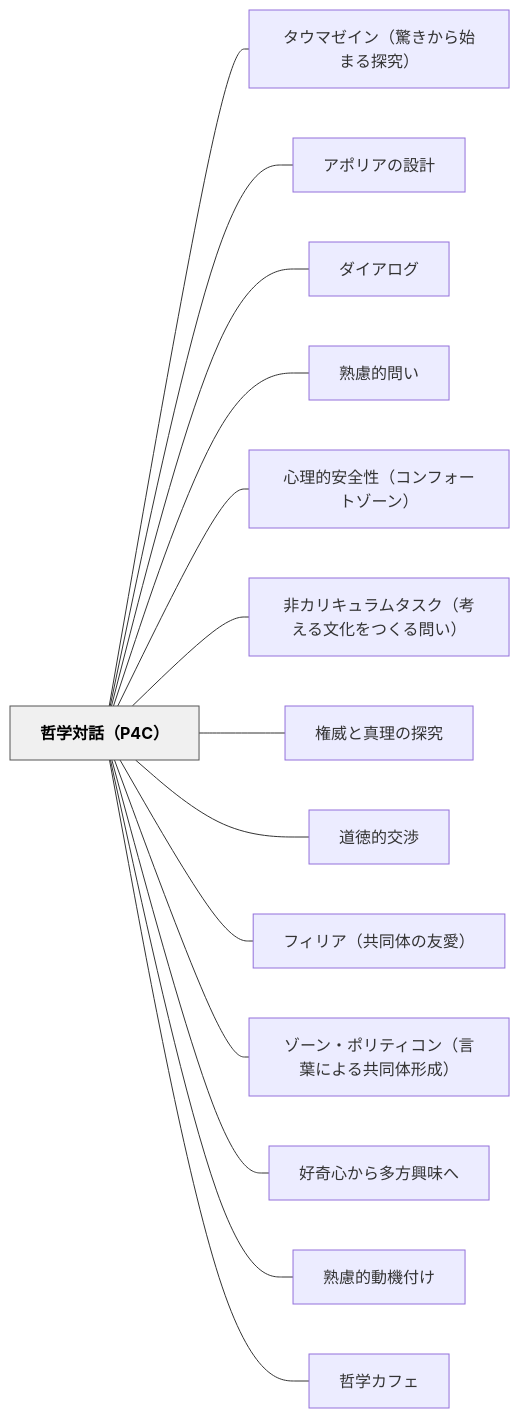
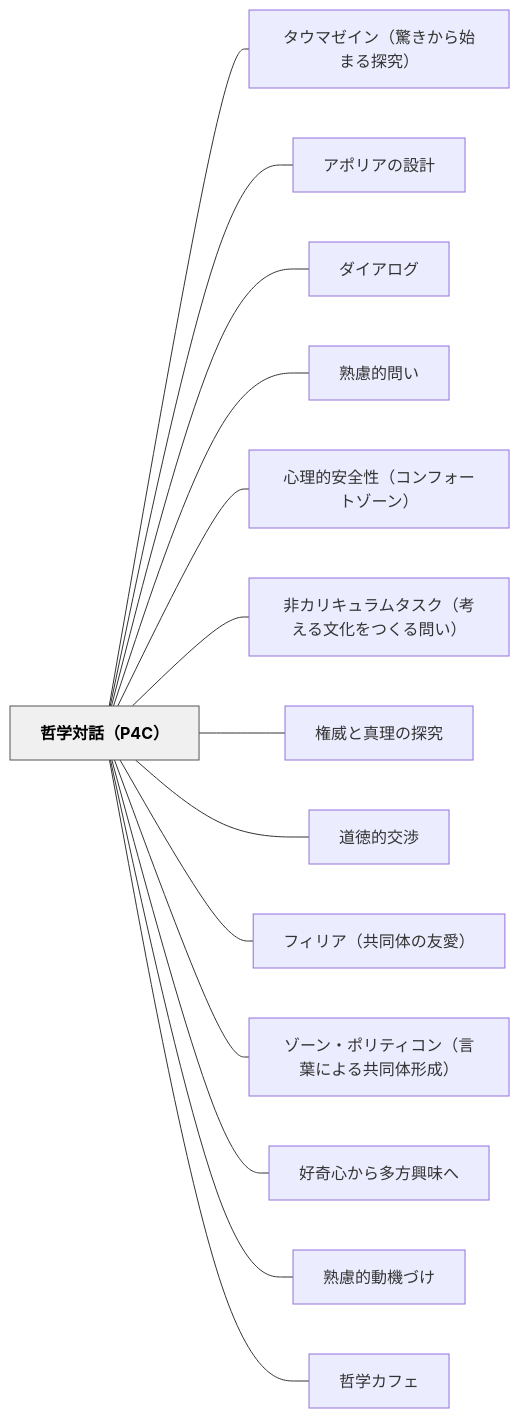
Before and after one commit to unknownthings-ed-patterns/unknownthings-ed-patterns: the diagram in content/パタン/哲学対話（P4C）.md, drawn with Mermaid. The commit also changed other lines of this file and 234 other files, not shown here.

````diff
--- a/content/パタン/哲学対話（P4C）.md
+++ b/content/パタン/哲学対話（P4C）.md
@@ -215,34 +215,34 @@
 ```mermaid
 flowchart LR
     ne593b2e5ada6e5afbee8a9b1efbc88503443efbc89["哲学対話（P4C）"]
     ne382bfe382a6e3839ee382bce382a4e383b3efbc88e9a99ae3818de3818be38289e5a78be381bee3828be68ea2e7a9b6efbc89["タウマゼイン（驚きから始まる探究）"]
     ne382a2e3839de383aae382a2e381aee8a8ade8a888["アポリアの設計"]
     ne38380e382a4e382a2e383ade382b0["ダイアログ"]
     ne7869fe685aee79a84e5958fe38184["熟慮的問い"]
     ne5bf83e79086e79a84e5ae89e585a8e680a7efbc88e382b3e383b3e38395e382a9e383bce38388e382bee383bce383b3efbc89["心理的安全性（コンフォートゾーン）"]
     ne99d9ee382abe383aae382ade383a5e383a9e383a0e382bfe382b9e382afefbc88e88083e38188e3828be69687e58c96e38292e381a4e3818fe3828be5958fe38184efbc89["非カリキュラムタスク（考える文化をつくる問い）"]
     ne6a8a9e5a881e381a8e79c9fe79086e381aee68ea2e7a9b6["権威と真理の探究"]
     ne98193e5beb3e79a84e4baa4e6b889["道徳的交渉"]
     ne38395e382a3e383aae382a2efbc88e585b1e5908ce4bd93e381aee58f8be6849befbc89["フィリア（共同体の友愛）"]
     ne382bee383bce383b3e383bbe3839de383aae38386e382a3e382b3e383b3efbc88e8a880e89189e381abe38288e3828be585b1e5908ce4bd93e5bda2e68890efbc89["ゾーン・ポリティコン（言葉による共同体形成）"]
     ne5a5bde5a587e5bf83e3818be38289e5a49ae696b9e88888e591b3e381b8["好奇心から多方興味へ"]
-    ne7869fe685aee79a84e58b95e6a99fe4bb98e38191["熟慮的動機付け"]
+    ne7869fe685aee79a84e58b95e6a99fe381a5e38191["熟慮的動機づけ"]
     ne593b2e5ada6e382abe38395e382a7["哲学カフェ"]
 
     ne593b2e5ada6e5afbee8a9b1efbc88503443efbc89 --- ne382bfe382a6e3839ee382bce382a4e383b3efbc88e9a99ae3818de3818be38289e5a78be381bee3828be68ea2e7a9b6efbc89
     ne593b2e5ada6e5afbee8a9b1efbc88503443efbc89 --- ne382a2e3839de383aae382a2e381aee8a8ade8a888
     ne593b2e5ada6e5afbee8a9b1efbc88503443efbc89 --- ne38380e382a4e382a2e383ade382b0
     ne593b2e5ada6e5afbee8a9b1efbc88503443efbc89 --- ne7869fe685aee79a84e5958fe38184
     ne593b2e5ada6e5afbee8a9b1efbc88503443efbc89 --- ne5bf83e79086e79a84e5ae89e585a8e680a7efbc88e382b3e383b3e38395e382a9e383bce38388e382bee383bce383b3efbc89
     ne593b2e5ada6e5afbee8a9b1efbc88503443efbc89 --- ne99d9ee382abe383aae382ade383a5e383a9e383a0e382bfe382b9e382afefbc88e88083e38188e3828be69687e58c96e38292e381a4e3818fe3828be5958fe38184efbc89
     ne593b2e5ada6e5afbee8a9b1efbc88503443efbc89 --- ne6a8a9e5a881e381a8e79c9fe79086e381aee68ea2e7a9b6
     ne593b2e5ada6e5afbee8a9b1efbc88503443efbc89 --- ne98193e5beb3e79a84e4baa4e6b889
     ne593b2e5ada6e5afbee8a9b1efbc88503443efbc89 --- ne38395e382a3e383aae382a2efbc88e585b1e5908ce4bd93e381aee58f8be6849befbc89
     ne593b2e5ada6e5afbee8a9b1efbc88503443efbc89 --- ne382bee383bce383b3e383bbe3839de383aae38386e382a3e382b3e383b3efbc88e8a880e89189e381abe38288e3828be585b1e5908ce4bd93e5bda2e68890efbc89
     ne593b2e5ada6e5afbee8a9b1efbc88503443efbc89 --- ne5a5bde5a587e5bf83e3818be38289e5a49ae696b9e88888e591b3e381b8
-    ne593b2e5ada6e5afbee8a9b1efbc88503443efbc89 --- ne7869fe685aee79a84e58b95e6a99fe4bb98e38191
+    ne593b2e5ada6e5afbee8a9b1efbc88503443efbc89 --- ne7869fe685aee79a84e58b95e6a99fe381a5e38191
     ne593b2e5ada6e5afbee8a9b1efbc88503443efbc89 --- ne593b2e5ada6e382abe38395e382a7
 
     classDef hub fill:#f0f0f0,stroke:#555,color:#000,font-weight:bold
     class ne593b2e5ada6e5afbee8a9b1efbc88503443efbc89 hub
 ```
````
